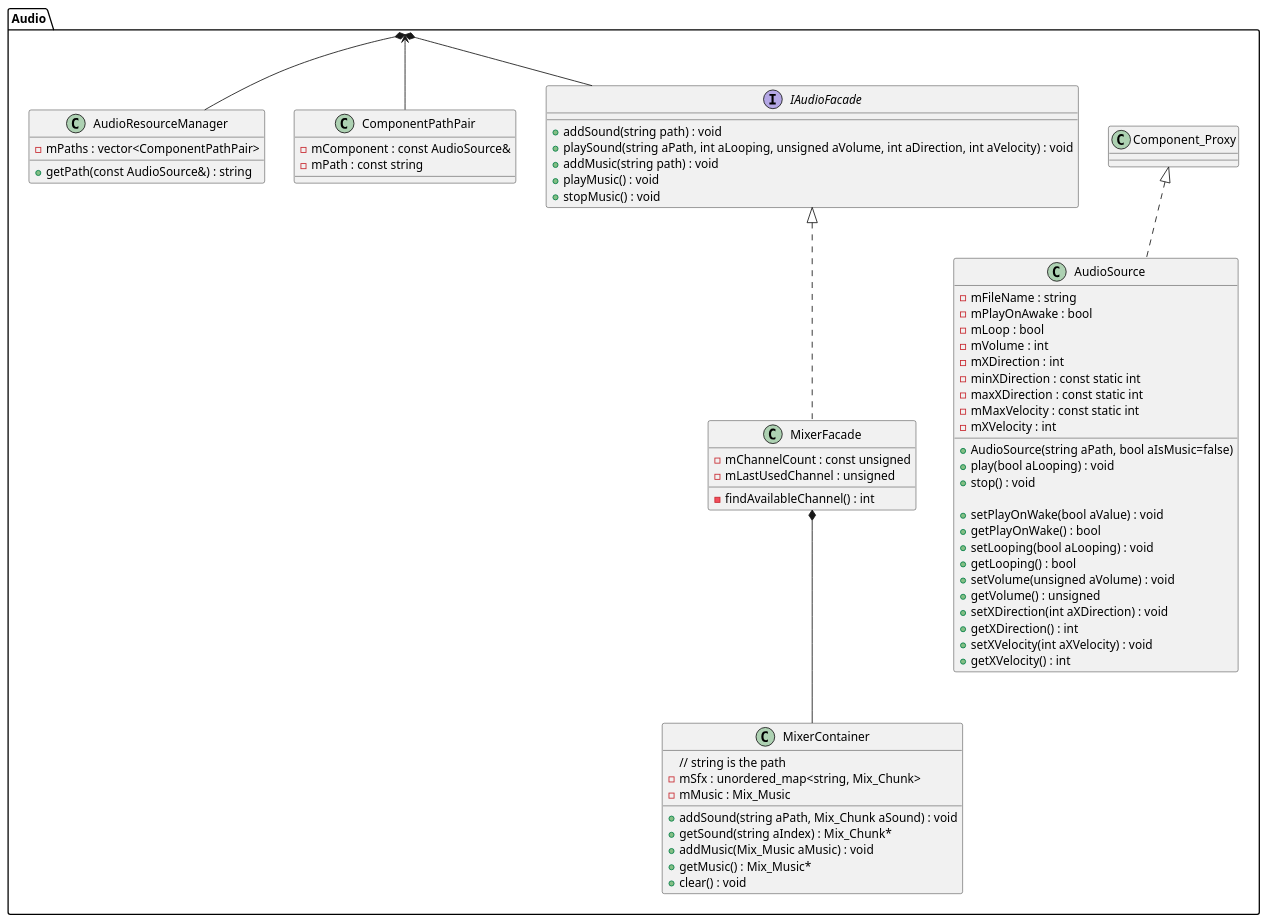
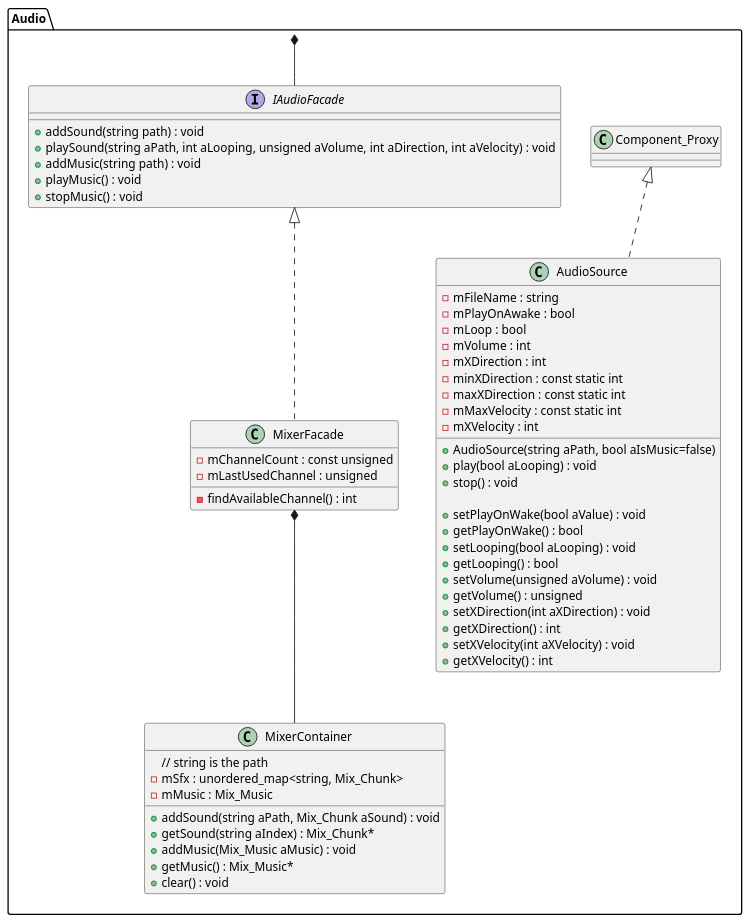
Before and after one commit to Seger01/GameEngine: the diagram in docs/Diagrams/classDiagramPackages/audioPackage.puml, drawn with PlantUML.

Commit message:
Removed audio resource manager from design (for now), because it is most likely not required

```diff
--- a/docs/Diagrams/classDiagramPackages/audioPackage.puml
+++ b/docs/Diagrams/classDiagramPackages/audioPackage.puml
@@ -1,76 +1,76 @@
 @startuml audioPackageClassDiagram
 
 package Audio{
     class Component_Proxy {}
 
 class AudioSource implements Component_Proxy{
     - mFileName : string
     - mPlayOnAwake : bool
     - mLoop : bool
     - mVolume : int
     - mXDirection : int
     - minXDirection : const static int
     - maxXDirection : const static int
     - mMaxVelocity : const static int
     - mXVelocity : int
     + AudioSource(string aPath, bool aIsMusic=false)
     + play(bool aLooping) : void
     + stop() : void 
 
     + setPlayOnWake(bool aValue) : void
     + getPlayOnWake() : bool
     + setLooping(bool aLooping) : void
     + getLooping() : bool
     + setVolume(unsigned aVolume) : void
     + getVolume() : unsigned
     + setXDirection(int aXDirection) : void
     + getXDirection() : int
     + setXVelocity(int aXVelocity) : void
     + getXVelocity() : int
 }
 
 interface IAudioFacade {
     + addSound(string path) : void
     + playSound(string aPath, int aLooping, unsigned aVolume, int aDirection, int aVelocity) : void
     + addMusic(string path) : void
     + playMusic() : void
     + stopMusic() : void
 }
 
 'This class is probably useless, because the path can be retrieved directly from the audiosource. The actual functionality it was intended for can be found in the MixerContainer::mSfx
-class ComponentPathPair {
-    - mComponent : const AudioSource&
-    - mPath : const string
-}
+' class ComponentPathPair {
+'     - mComponent : const AudioSource&
+'     - mPath : const string
+' }
 
 class MixerFacade implements IAudioFacade {
     - mChannelCount : const unsigned
     - mLastUsedChannel : unsigned
     - findAvailableChannel() : int
 }
 
 class MixerContainer {
     // string is the path
     - mSfx : unordered_map<string, Mix_Chunk>
     - mMusic : Mix_Music
     + addSound(string aPath, Mix_Chunk aSound) : void
     + getSound(string aIndex) : Mix_Chunk*
     + addMusic(Mix_Music aMusic) : void
     + getMusic() : Mix_Music*
     + clear() : void
 }
 
-class AudioResourceManager {
-    - mPaths : vector<ComponentPathPair>
-    + getPath(const AudioSource&) : string
-}
+' class AudioResourceManager {
+'     - mPaths : vector<ComponentPathPair>
+'     + getPath(const AudioSource&) : string
+' }
 
 MixerFacade *-- MixerContainer
+'AudioResourceManager *--"*" ComponentPathPair
 
 }
 
 Audio *--IAudioFacade
-Audio <-- ComponentPathPair
-Audio *-- AudioResourceManager
+'Audio *-- AudioResourceManager
 
 @enduml
```
